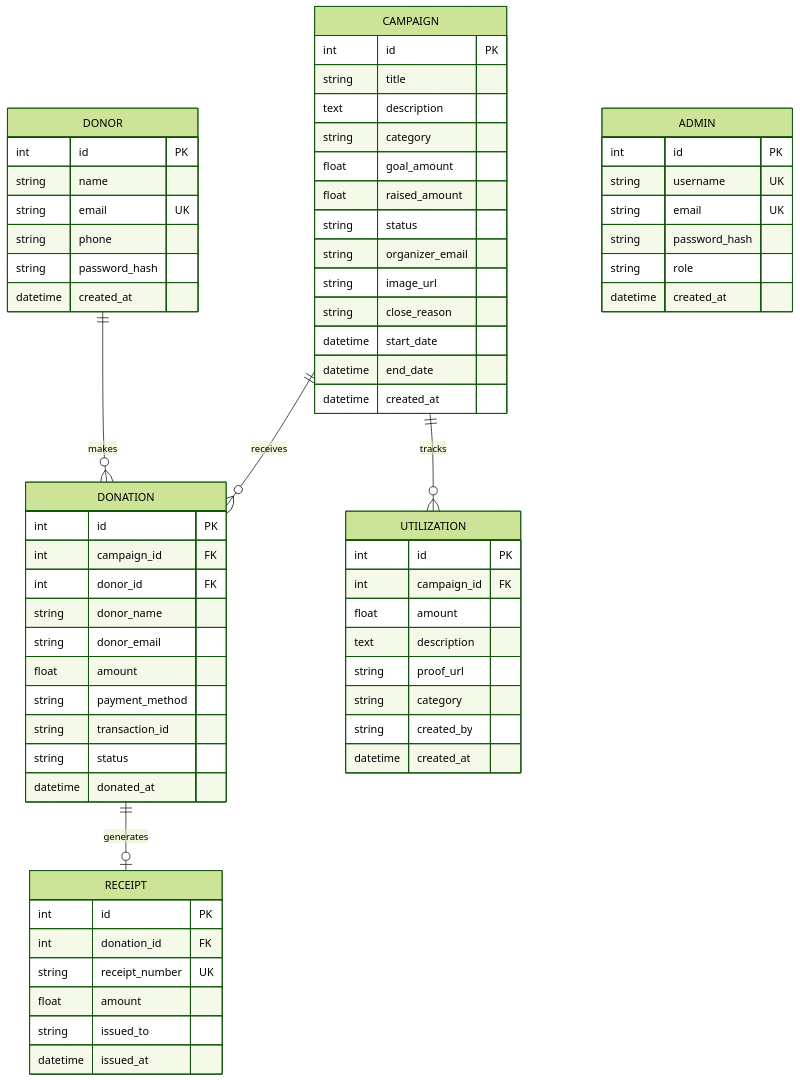
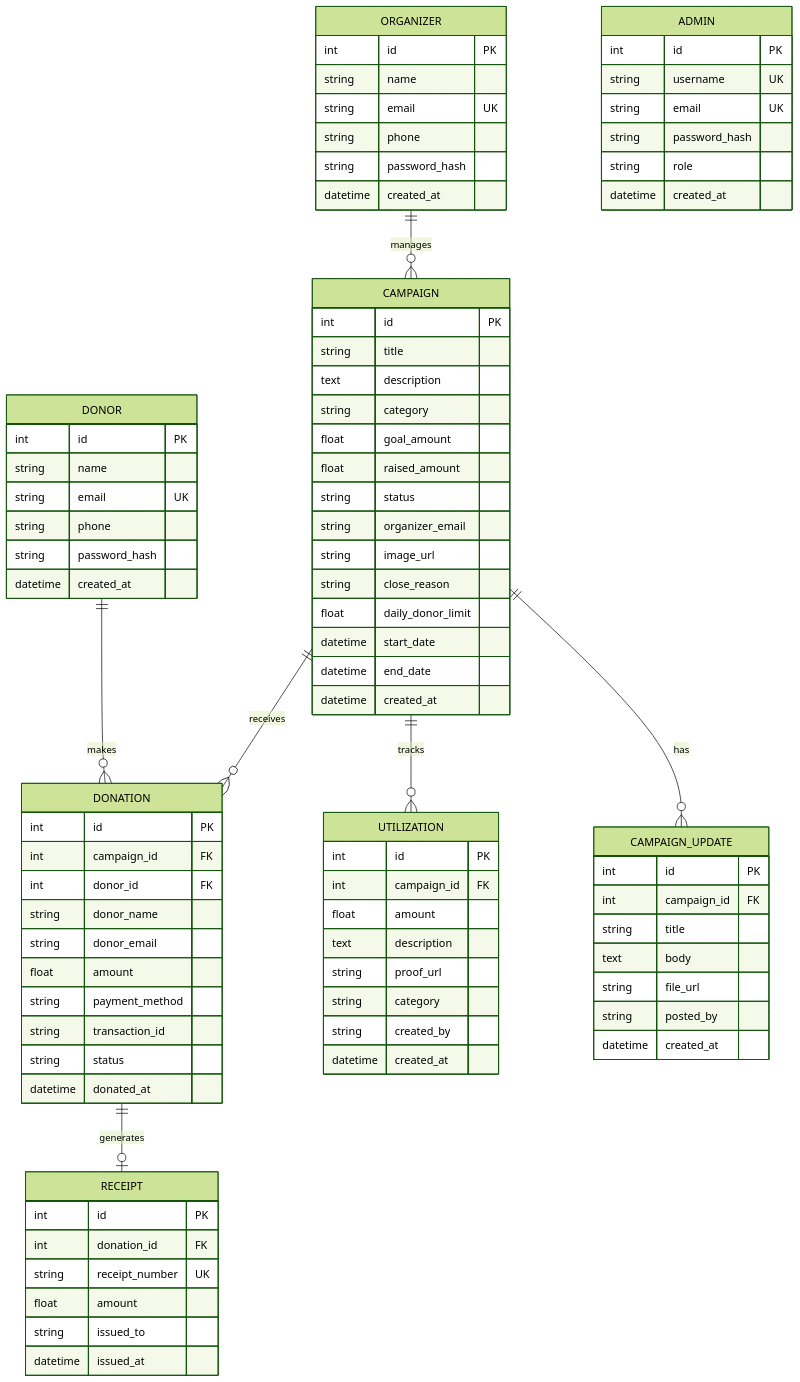
One commit to jhingaa/transfund-tracker changed the diagram in README.md. Above: the diagram before and after it, drawn with Mermaid (forest theme). The commit also changed other lines of this file and 1 other file, not shown here.

````diff
--- a/README.md
+++ b/README.md
@@ -46,11 +135,21 @@
 ```mermaid
 erDiagram
     DONOR ||--o{ DONATION : makes
+    ORGANIZER ||--o{ CAMPAIGN : manages
     CAMPAIGN ||--o{ DONATION : receives
+    CAMPAIGN ||--o{ UTILIZATION : tracks
+    CAMPAIGN ||--o{ CAMPAIGN_UPDATE : has
     DONATION ||--o| RECEIPT : generates
-    CAMPAIGN ||--o{ UTILIZATION : tracks
 
     DONOR {
+        int id PK
+        string name
+        string email UK
+        string phone
+        string password_hash
+        datetime created_at
+    }
+    ORGANIZER {
         int id PK
         string name
         string email UK
@@ -69,6 +168,7 @@
         string organizer_email
         string image_url
         string close_reason
+        float daily_donor_limit
         datetime start_date
         datetime end_date
         datetime created_at
@@ -103,6 +203,15 @@
         string created_by
         datetime created_at
     }
+    CAMPAIGN_UPDATE {
+        int id PK
+        int campaign_id FK
+        string title
+        text body
+        string file_url
+        string posted_by
+        datetime created_at
+    }
     ADMIN {
         int id PK
         string username UK
````
